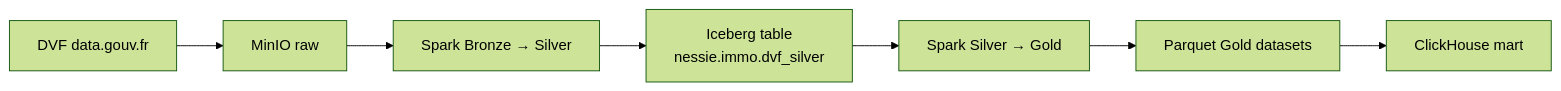
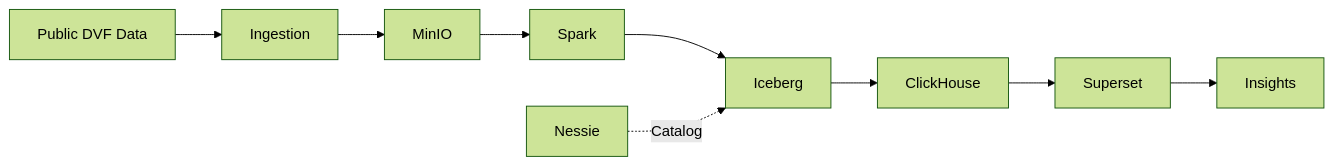
The diagram in README.md (limeconsulting/immo-lakehouse), drawn with Mermaid (forest theme) before and after one commit. The commit also changed other lines of this file, not shown here.

````diff
--- a/README.md
+++ b/README.md
@@ -41,9 +47,12 @@
 ```mermaid
 flowchart LR
-A[DVF data.gouv.fr] --> B[MinIO raw]
-B --> C[Spark Bronze → Silver]
-C --> D[Iceberg table<br>nessie.immo.dvf_silver]
-D --> E[Spark Silver → Gold]
-E --> F[Parquet Gold datasets]
-F --> G[ClickHouse mart]
+    A[Public DVF Data] --> B[Ingestion]
+    B --> C[MinIO]
+    C --> D[Spark]
+    D --> E[Iceberg]
+    E --> F[ClickHouse]
+    F --> G[Superset]
+    G --> H[Insights]
+
+    I[Nessie] -. Catalog .-> E
 ```
````
